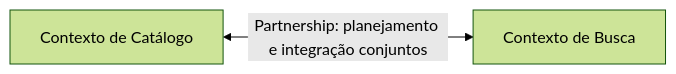
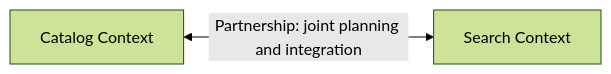
One commit to alancesar/design-patterns changed the diagram in docs/application/ddd/context-mapping/partnership.md. Above: the diagram before and after it, drawn with Mermaid (forest theme). The commit also changed 258 other files, not shown here.

First line of the commit message:
Translate Mermaid diagrams to English

````diff
--- a/docs/application/ddd/context-mapping/partnership.md
+++ b/docs/application/ddd/context-mapping/partnership.md
@@ -54,4 +54,4 @@
 ```mermaid
 flowchart LR
-    A["Contexto de Catálogo"] <-->|"Partnership: planejamento e integração conjuntos"| B["Contexto de Busca"]
+    A["Catalog Context"] <-->|"Partnership: joint planning and integration"| B["Search Context"]
 ```
````
